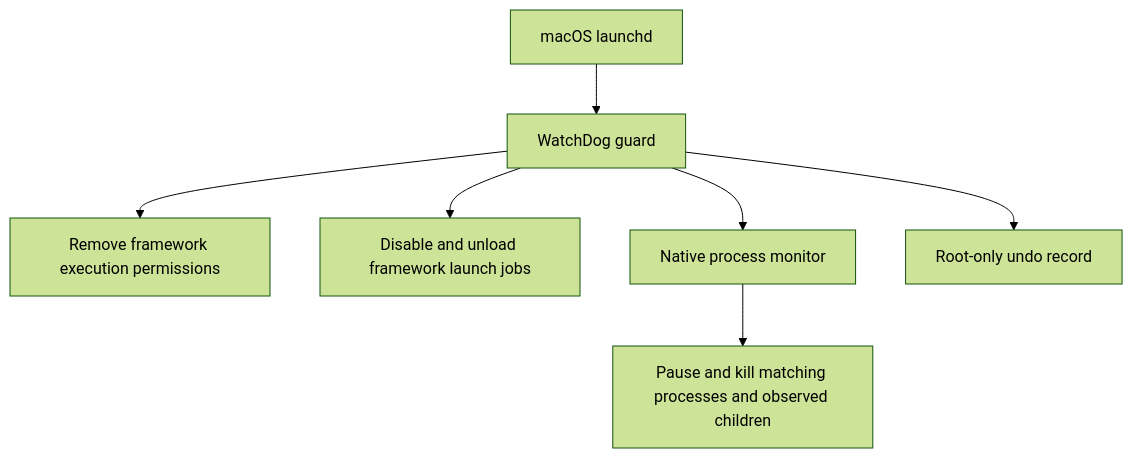
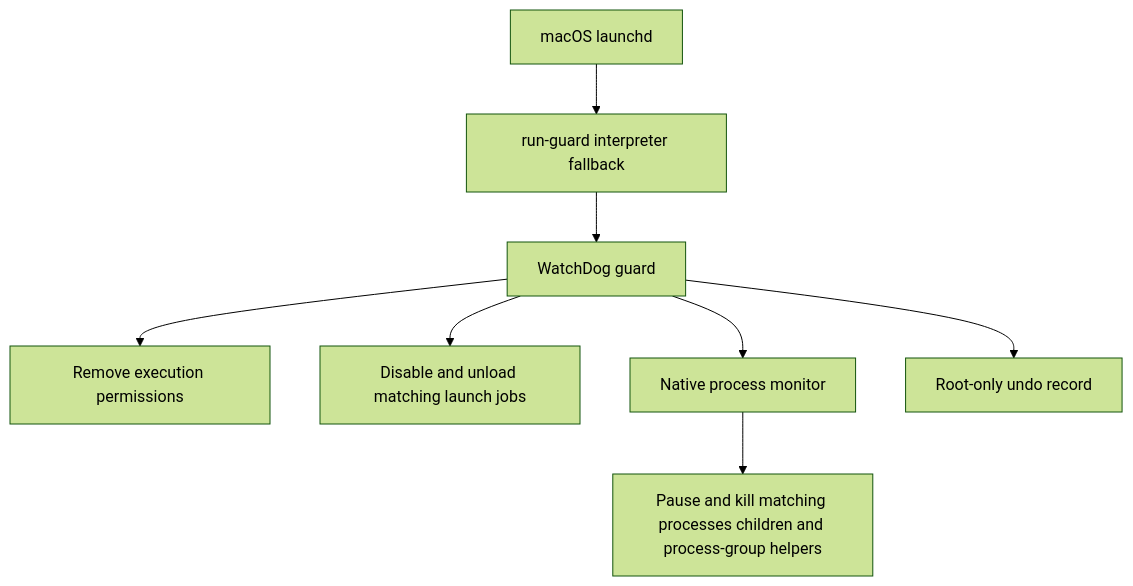
Before and after one commit to admin-TSK/WatchDog: the diagram in docs/architecture.md, drawn with Mermaid (forest theme). The commit also changed other lines of this file and 33 other files, not shown here.

First line of the commit message:
Ship WatchDog 0.3.0 with unified targets and a GitHub-ready install path.

````diff
--- a/docs/architecture.md
+++ b/docs/architecture.md
@@ -5,9 +5,10 @@
 ```mermaid
 flowchart TD
-  launchd[macOS launchd] --> guard[WatchDog guard]
-  guard --> permissions[Remove framework execution permissions]
-  guard --> jobs[Disable and unload framework launch jobs]
+  launchd[macOS launchd] --> runner[run-guard interpreter fallback]
+  runner --> guard[WatchDog guard]
+  guard --> permissions[Remove execution permissions]
+  guard --> jobs[Disable and unload matching launch jobs]
   guard --> monitor[Native process monitor]
-  monitor --> processes[Pause and kill matching processes and observed children]
+  monitor --> processes[Pause and kill matching processes children and process-group helpers]
   guard --> state[Root-only undo record]
 ```
````
